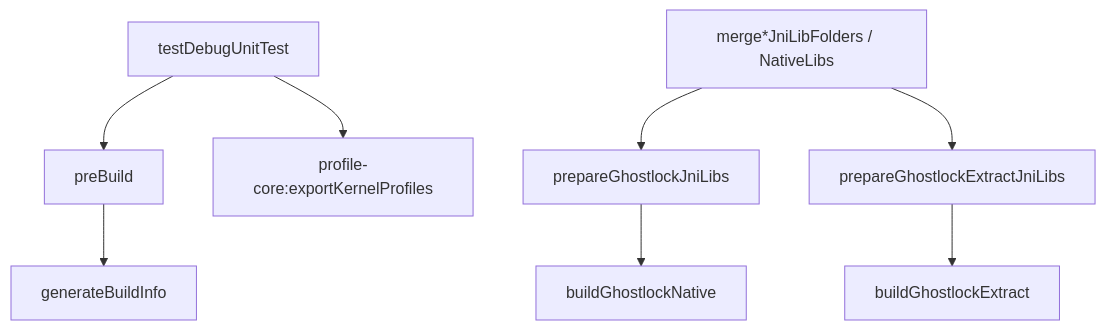
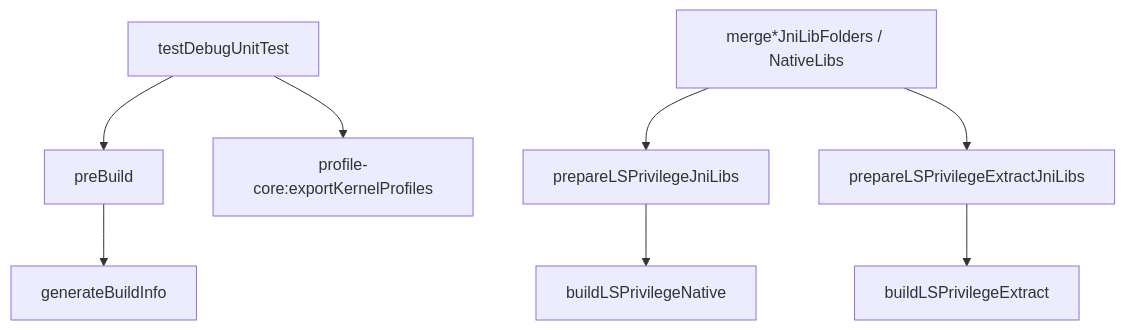
One commit to YuKongA/ghostlock-app changed the diagram in docs/analysis/gradle-test-decoupling-plan.md. Above: the diagram before and after it, drawn with Mermaid. The commit also changed other lines of this file and 403 other files, not shown here.

````diff
--- a/docs/analysis/gradle-test-decoupling-plan.md
+++ b/docs/analysis/gradle-test-decoupling-plan.md
@@ -43,10 +43,10 @@
 ```mermaid
 flowchart TD
     T[testDebugUnitTest] --> P[preBuild]
     P --> G[generateBuildInfo]
     T --> E[profile-core:exportKernelProfiles]
-    M[merge*JniLibFolders / NativeLibs] --> PJ[prepareGhostlockJniLibs]
-    M --> PE[prepareGhostlockExtractJniLibs]
-    PJ --> BN[buildGhostlockNative]
-    PE --> BE[buildGhostlockExtract]
+    M[merge*JniLibFolders / NativeLibs] --> PJ[prepareLSPrivilegeJniLibs]
+    M --> PE[prepareLSPrivilegeExtractJniLibs]
+    PJ --> BN[buildLSPrivilegeNative]
+    PE --> BE[buildLSPrivilegeExtract]
 ```
````
